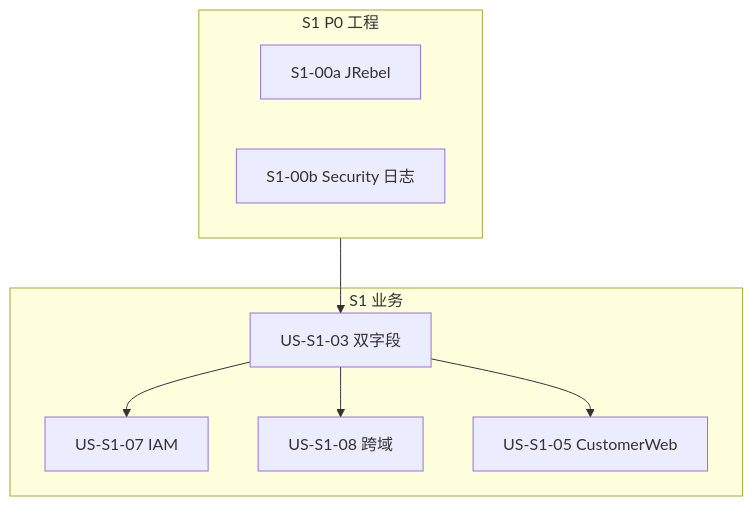
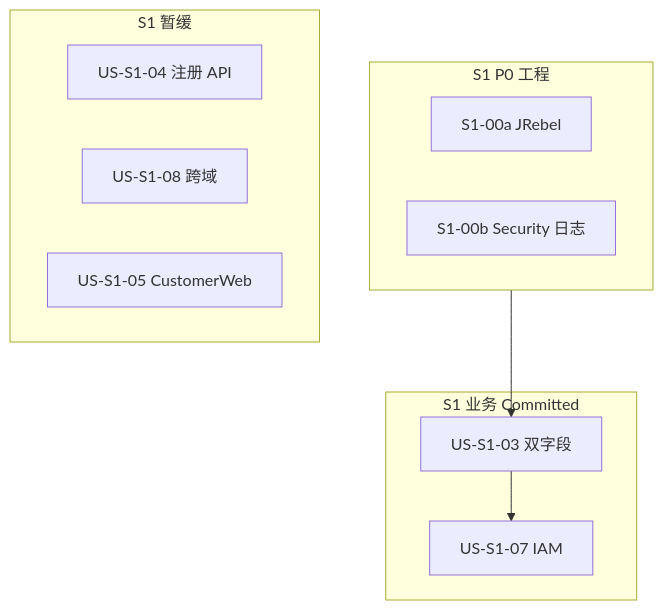
Before and after one commit to PhinnPeng/UnionDesk: the diagram in docs/product/sprint-1-plan.md, drawn with Mermaid. The commit also changed other lines of this file and 39 other files, not shown here.

````diff
--- a/docs/product/sprint-1-plan.md
+++ b/docs/product/sprint-1-plan.md
@@ -38,17 +37,18 @@
 ```mermaid
 flowchart TB
   subgraph p0 [S1 P0 工程]
     JRebel[S1-00a JRebel]
     SecNoise[S1-00b Security 日志]
   end
-  subgraph biz [S1 业务]
+  subgraph biz [S1 业务 Committed]
     S103[US-S1-03 双字段]
     S107[US-S1-07 IAM]
+  end
+  subgraph deferred [S1 暂缓]
+    S104[US-S1-04 注册 API]
     S108[US-S1-08 跨域]
     S105[US-S1-05 CustomerWeb]
   end
   p0 --> S103
   S103 --> S107
-  S103 --> S108
-  S103 --> S105
 ```
````
